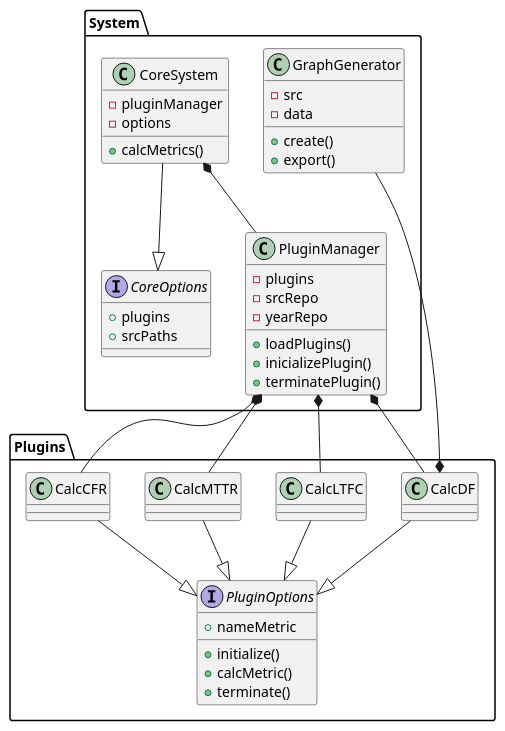
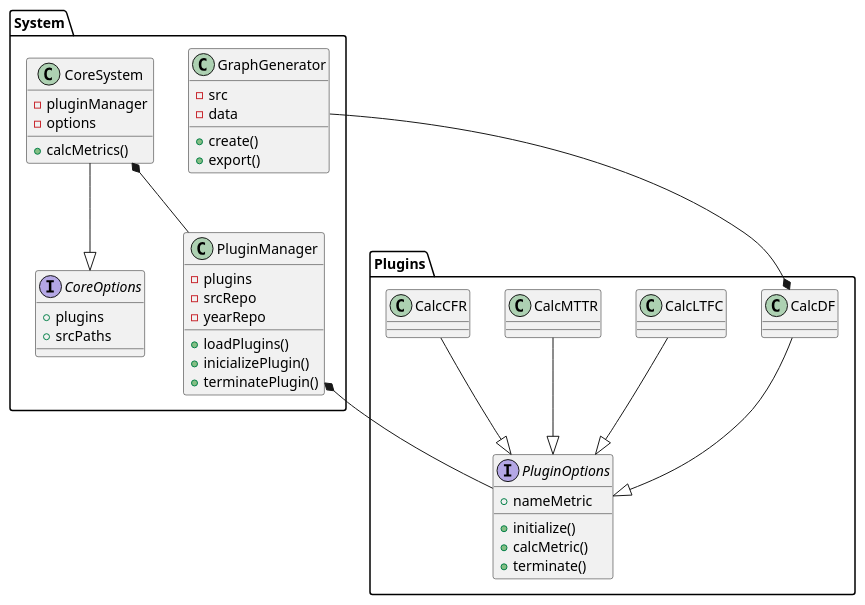
The diagram in README.md (AzBlue303/Metricas-DORA), drawn with PlantUML before and after one commit. The commit also changed other lines of this file, not shown here.

Commit message:
fix: cambios pequeños en redaccion y en diagrama de clases

````diff
--- a/README.md
+++ b/README.md
@@ -35,72 +38,69 @@
 ```plantuml
 @startuml
 
 package System {
 
   interface CoreOptions {
     +plugins
     +srcPaths
   }
 
   class CoreSystem {
     -pluginManager
     -options
     +calcMetrics()
   }
 
   class PluginManager {
     -plugins
     -srcRepo
     -yearRepo
     +loadPlugins()
     +inicializePlugin()
     +terminatePlugin()
   }
 
   class GraphGenerator{
     -src
     -data
     +create()
     +export()
   }
 
   CoreSystem --|> CoreOptions
   CoreSystem *-- PluginManager
 }
 
 package Plugins {
 
   interface PluginOptions {
     +nameMetric
     +initialize()
     +calcMetric()
     +terminate()
   }
 
   class CalcDF {
   }
 
   class CalcLTFC {
   }
 
   class CalcMTTR {
   }
 
   class CalcCFR {
   }
 
   CalcDF --|> PluginOptions
   CalcLTFC --|> PluginOptions
   CalcMTTR --|> PluginOptions
   CalcCFR --|> PluginOptions
 
-  System.PluginManager *-- CalcDF
-  System.PluginManager *-- CalcLTFC
-  System.PluginManager *-- CalcMTTR
-  System.PluginManager *-- CalcCFR
+  System.PluginManager *-- PluginOptions
 
   CalcDF *-- System.GraphGenerator
 }
 
 @enduml
 ```
````
